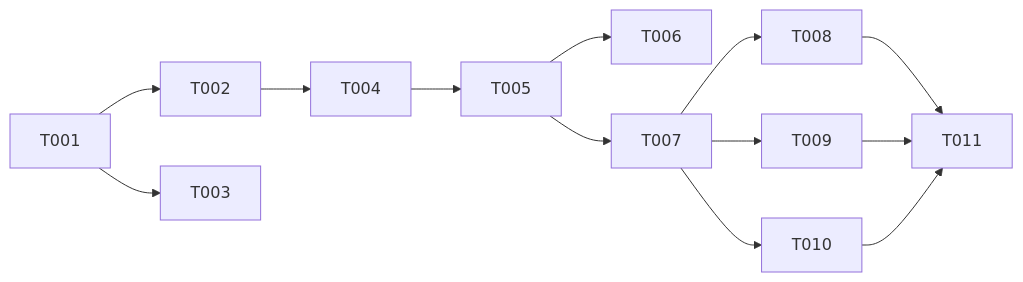
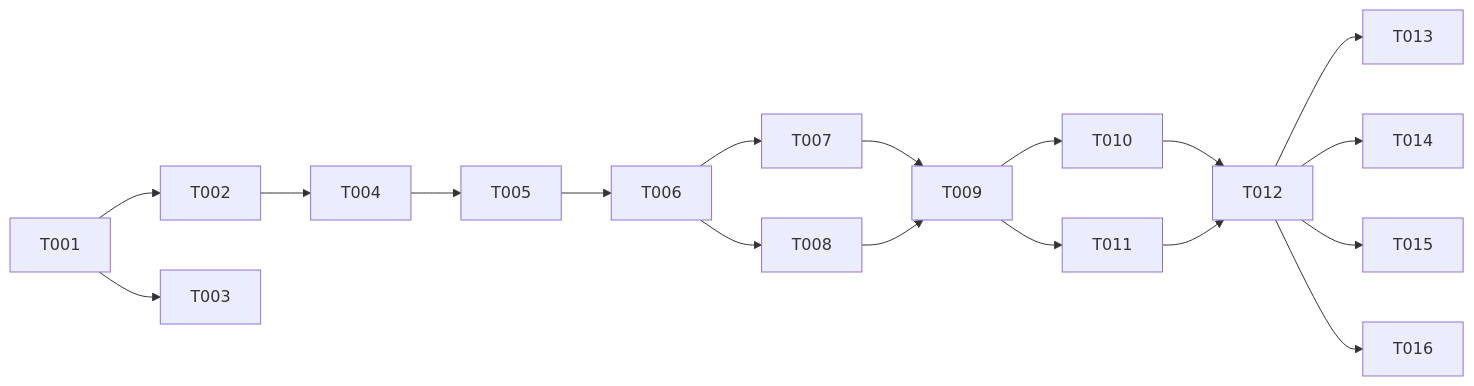
Before and after one commit to UnderUndre/undrecreaitwins: the diagram in specs/006-mtproto-channel/tasks.md, drawn with Mermaid. The commit also changed other lines of this file and 20 other files, not shown here.

````diff
--- a/specs/006-mtproto-channel/tasks.md
+++ b/specs/006-mtproto-channel/tasks.md
@@ -71,13 +81,18 @@
 ```mermaid
 graph LR
     T001 --> T002
     T001 --> T003
     T002 --> T004
     T004 --> T005
     T005 --> T006
-    T005 --> T007
-    T007 --> T008
-    T007 --> T009
-    T007 --> T010
-    T008 & T009 & T010 --> T011
+    T006 --> T007
+    T006 --> T008
+    T007 & T008 --> T009
+    T009 --> T010
+    T009 --> T011
+    T010 & T011 --> T012
+    T012 --> T013
+    T012 --> T014
+    T012 --> T015
+    T012 --> T016
 ```
````
